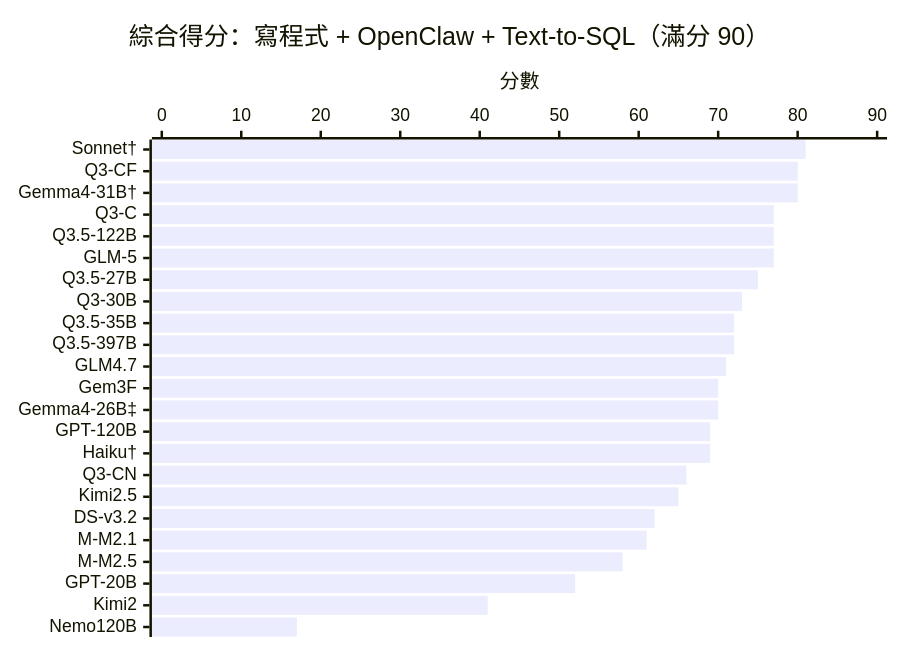
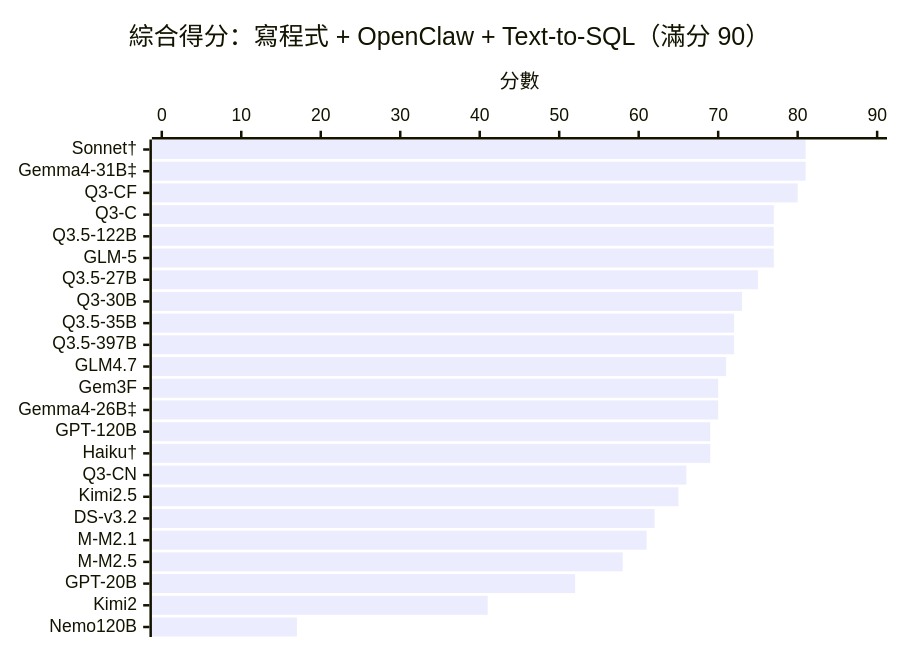
One commit to ywchiu/local_agentic_llm changed the first of 2 diagrams in README_zh.md. Above: the diagram before and after it, drawn with Mermaid. The commit also changed other lines of this file and 4 other files, not shown here.

First line of the commit message:
docs: gemma-4-31b-it on H200 vLLM scores 81/90, ties #1 with Sonnet 4.6

````diff
--- a/README_zh.md
+++ b/README_zh.md
@@ -18,7 +18,7 @@
 ```mermaid
 xychart-beta horizontal
     title "綜合得分：寫程式 + OpenClaw + Text-to-SQL（滿分 90）"
-    x-axis ["Sonnet†", "Q3-CF", "Gemma4-31B†", "Q3-C", "Q3.5-122B", "GLM-5", "Q3.5-27B", "Q3-30B", "Q3.5-35B", "Q3.5-397B", "GLM4.7", "Gem3F", "Gemma4-26B‡", "GPT-120B", "Haiku†", "Q3-CN", "Kimi2.5", "DS-v3.2", "M-M2.1", "M-M2.5", "GPT-20B", "Kimi2", "Nemo120B"]
+    x-axis ["Sonnet†", "Gemma4-31B‡", "Q3-CF", "Q3-C", "Q3.5-122B", "GLM-5", "Q3.5-27B", "Q3-30B", "Q3.5-35B", "Q3.5-397B", "GLM4.7", "Gem3F", "Gemma4-26B‡", "GPT-120B", "Haiku†", "Q3-CN", "Kimi2.5", "DS-v3.2", "M-M2.1", "M-M2.5", "GPT-20B", "Kimi2", "Nemo120B"]
     y-axis "分數" 0 --> 90
-    bar [81, 80, 80, 77, 77, 77, 75, 73, 72, 72, 71, 70, 70, 69, 69, 66, 65, 62, 61, 58, 52, 41, 17]
+    bar [81, 81, 80, 77, 77, 77, 75, 73, 72, 72, 71, 70, 70, 69, 69, 66, 65, 62, 61, 58, 52, 41, 17]
 ```
````
